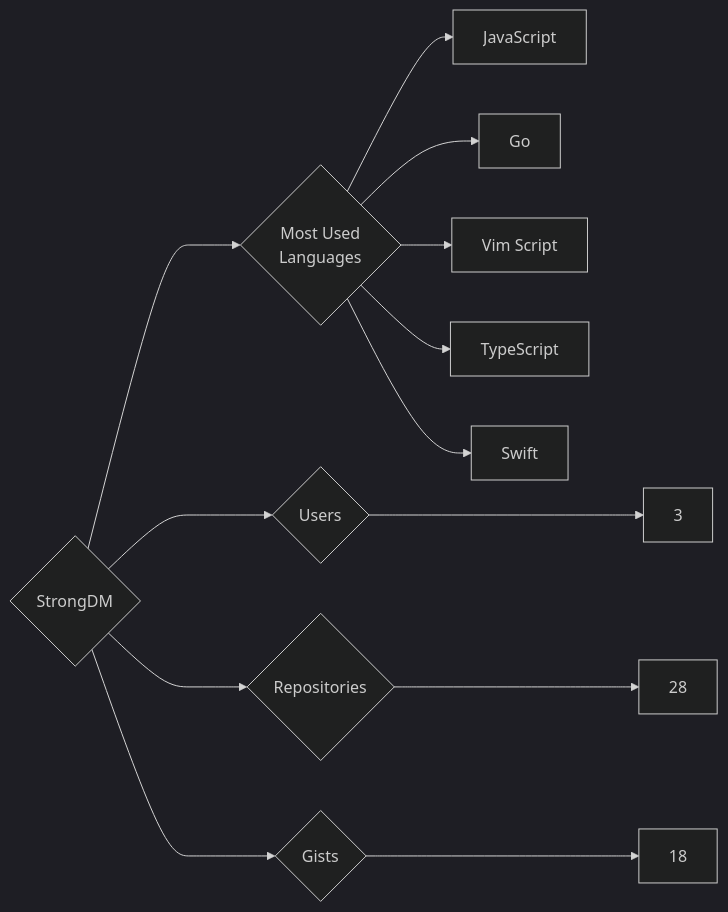
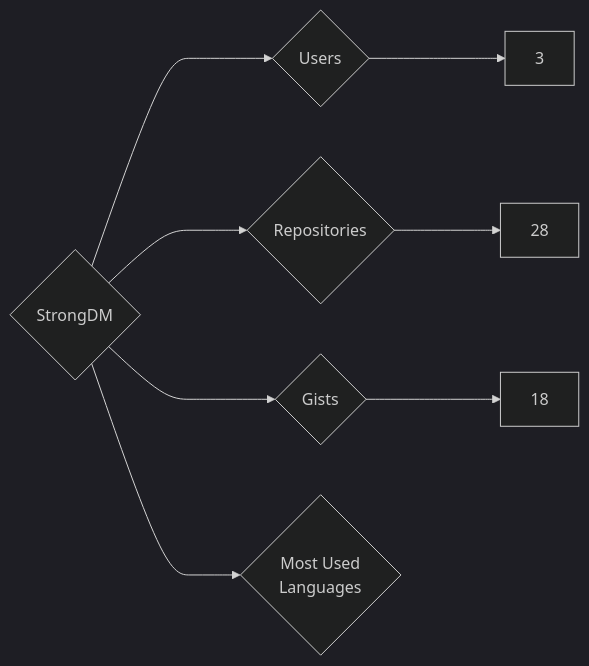
The diagram in targets/StrongDM/README.md (trickest/insiders), drawn with Mermaid (dark theme) before and after one commit. The commit also changed 815 other files, not shown here.

````diff
--- a/targets/StrongDM/README.md
+++ b/targets/StrongDM/README.md
@@ -3,13 +3,8 @@
 ```mermaid
 graph LR
 COMPANY_NAME{StrongDM}
 COMPANY_NAME ---> U{Users} ---> UN[3]
 COMPANY_NAME ---> R{Repositories} ---> RN[28]
 COMPANY_NAME ---> G{Gists} ---> GN[18]
 COMPANY_NAME ---> ML{Most Used<br>Languages}
-ML --> JavaScript[JavaScript]
-ML --> Go[Go]
-ML --> Vim_Script[Vim Script]
-ML --> TypeScript[TypeScript]
-ML --> Swift[Swift]
 ```
````
